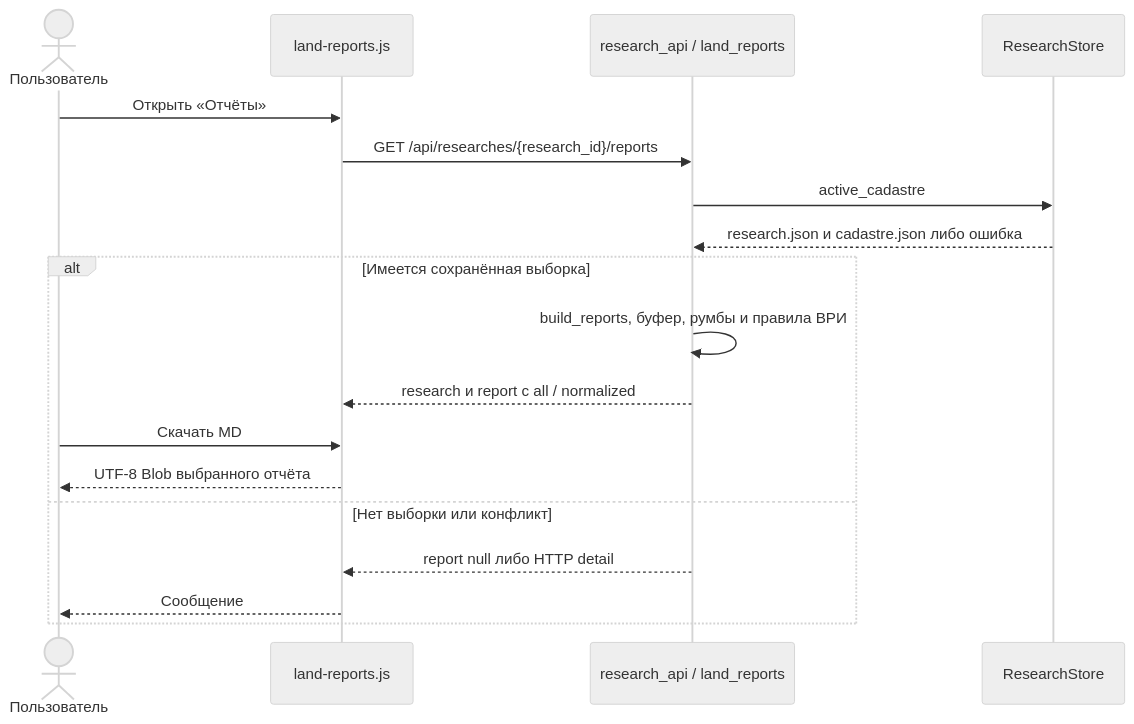
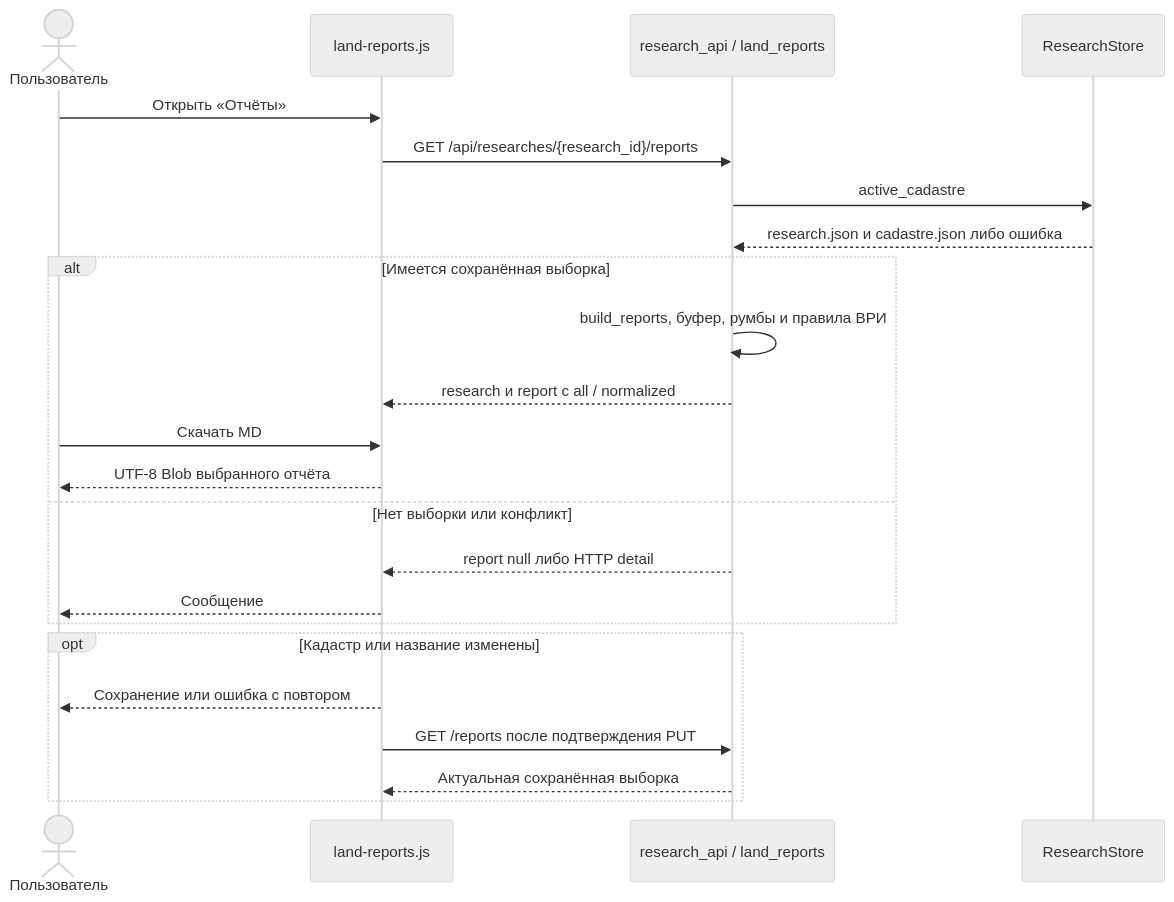
Before and after one commit to slavabochkarev/ecogeoterra: the eighth of 8 diagrams in docs/architecture/06_DATA_FLOWS.md, drawn with Mermaid (neutral theme). The commit also changed other lines of this file and 53 other files, not shown here.

````diff
--- a/docs/architecture/06_DATA_FLOWS.md
+++ b/docs/architecture/06_DATA_FLOWS.md
@@ -222,20 +222,25 @@
 ```mermaid
 sequenceDiagram
     actor U as Пользователь
     participant F as land-reports.js
     participant API as research_api / land_reports
     participant S as ResearchStore
     U->>F: Открыть «Отчёты»
     F->>API: GET /api/researches/{research_id}/reports
     API->>S: active_cadastre
     S-->>API: research.json и cadastre.json либо ошибка
     alt Имеется сохранённая выборка
         API->>API: build_reports, буфер, румбы и правила ВРИ
         API-->>F: research и report с all / normalized
         U->>F: Скачать MD
         F-->>U: UTF-8 Blob выбранного отчёта
     else Нет выборки или конфликт
         API-->>F: report null либо HTTP detail
         F-->>U: Сообщение
     end
+    opt Кадастр или название изменены
+        F-->>U: Сохранение или ошибка с повтором
+        F->>API: GET /reports после подтверждения PUT
+        API-->>F: Актуальная сохранённая выборка
+    end
 ```
````
